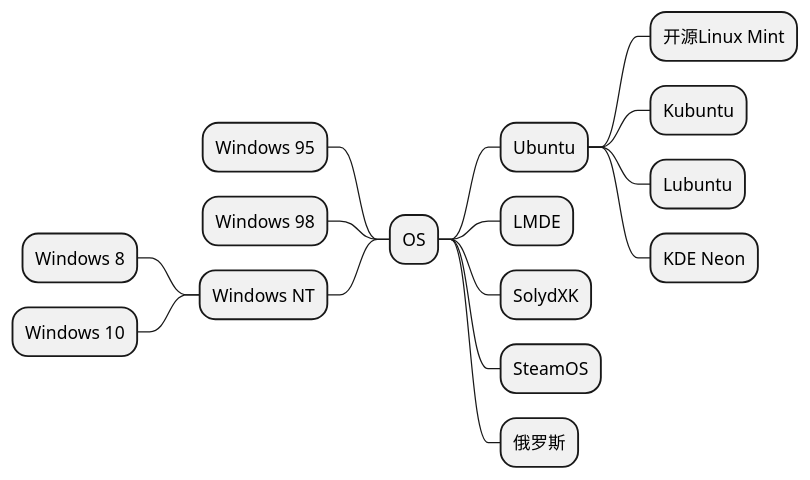
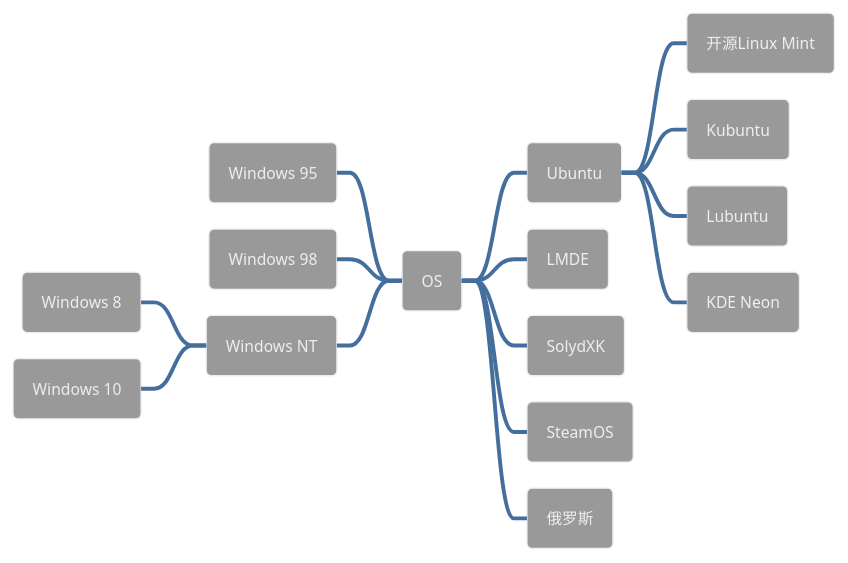
One commit to lanren365/notes changed the first of 2 diagrams in Linux/生成图.md. Above: the diagram before and after it, drawn with PlantUML. The commit also changed other lines of this file and 80 other files, not shown here.

````diff
--- a/Linux/生成图.md
+++ b/Linux/生成图.md
@@ -1,19 +1,20 @@
 ```puml
 @startmindmap
+!theme spacelab
 + OS
 ++ Ubuntu
 +++ 开源Linux Mint
 +++ Kubuntu
 +++ Lubuntu
 +++ KDE Neon
 ++ LMDE
 ++ SolydXK
 ++ SteamOS
 ++ 俄罗斯
 -- Windows 95
 -- Windows 98
 -- Windows NT
 --- Windows 8
 --- Windows 10
 @endmindmap
 ```
````
